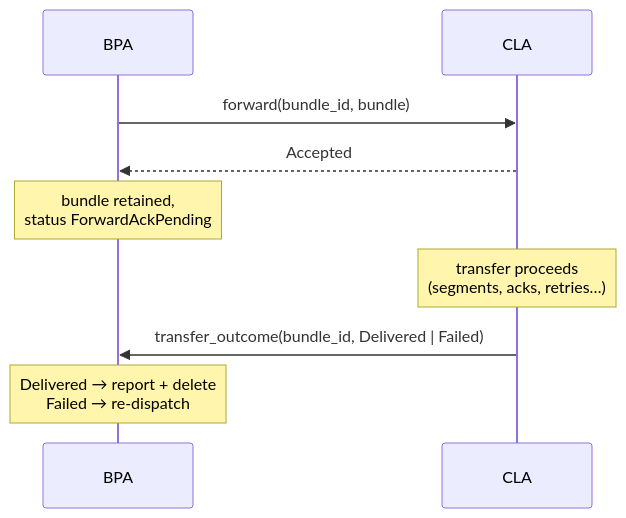
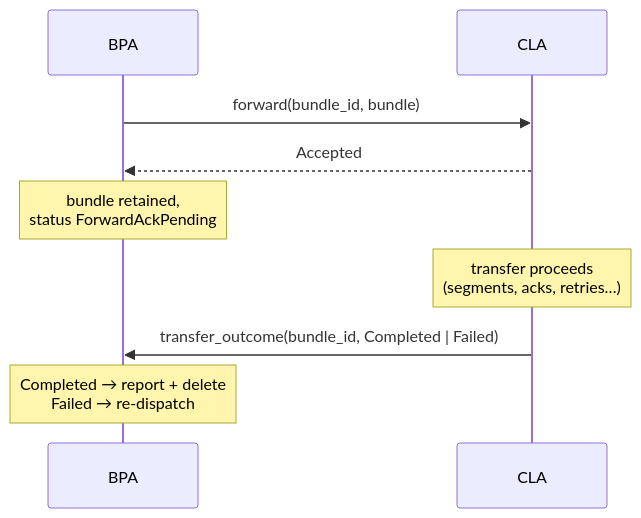
The second of 2 diagrams in bpa/docs/design.md (ricktaylor/hardy), drawn with Mermaid before and after one commit. The commit also changed other lines of this file and 23 other files, not shown here.

````diff
--- a/bpa/docs/design.md
+++ b/bpa/docs/design.md
@@ -171,11 +171,11 @@
 ```mermaid
 sequenceDiagram
     participant BPA
     participant CLA
     BPA->>CLA: forward(bundle_id, bundle)
     CLA-->>BPA: Accepted
     Note over BPA: bundle retained,<br/>status ForwardAckPending
     Note over CLA: transfer proceeds<br/>(segments, acks, retries…)
-    CLA->>BPA: transfer_outcome(bundle_id, Delivered | Failed)
-    Note over BPA: Delivered → report + delete<br/>Failed → re-dispatch
+    CLA->>BPA: transfer_outcome(bundle_id, Completed | Failed)
+    Note over BPA: Completed → report + delete<br/>Failed → re-dispatch
 ```
````
